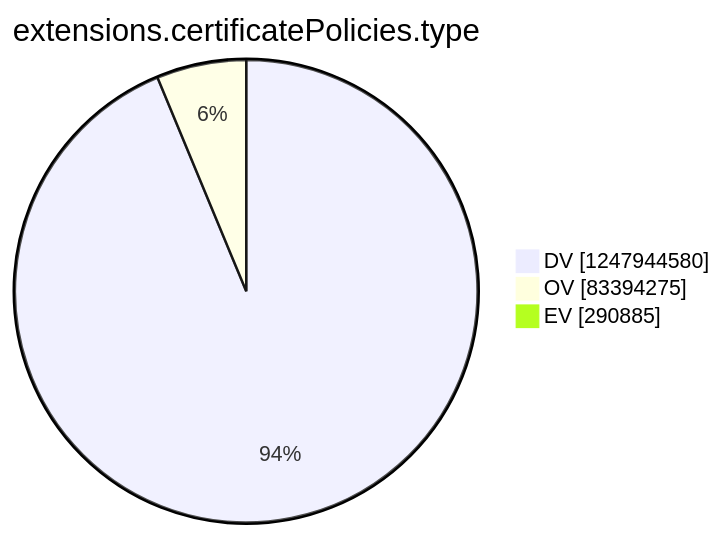
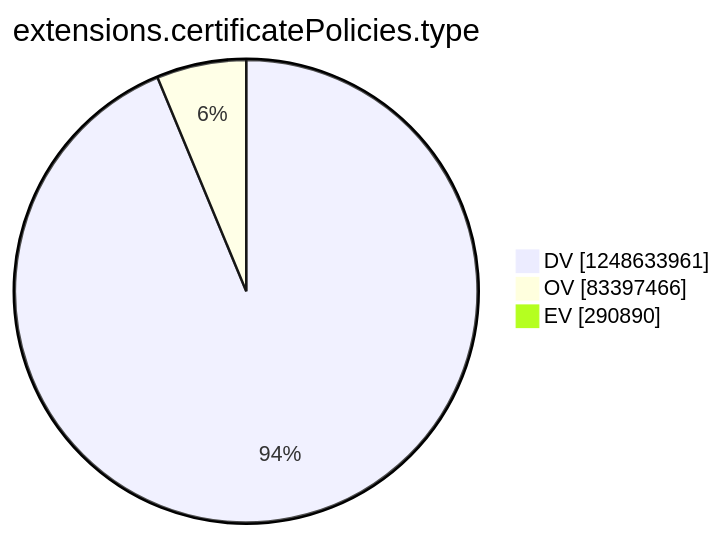
Before and after one commit to christiankrug/ctmonitor_visualization: the tenth of 15 diagrams in argon2022/README.md, drawn with Mermaid. The commit also changed other lines of this file, not shown here.

````diff
--- a/argon2022/README.md
+++ b/argon2022/README.md
@@ -2771,7 +2771,7 @@
 ```mermaid
 pie showData
 title extensions.certificatePolicies.type
-"DV" :1247944580
-"OV" :83394275
-"EV" :290885
+"DV" :1248633961
+"OV" :83397466
+"EV" :290890
 ```
````
